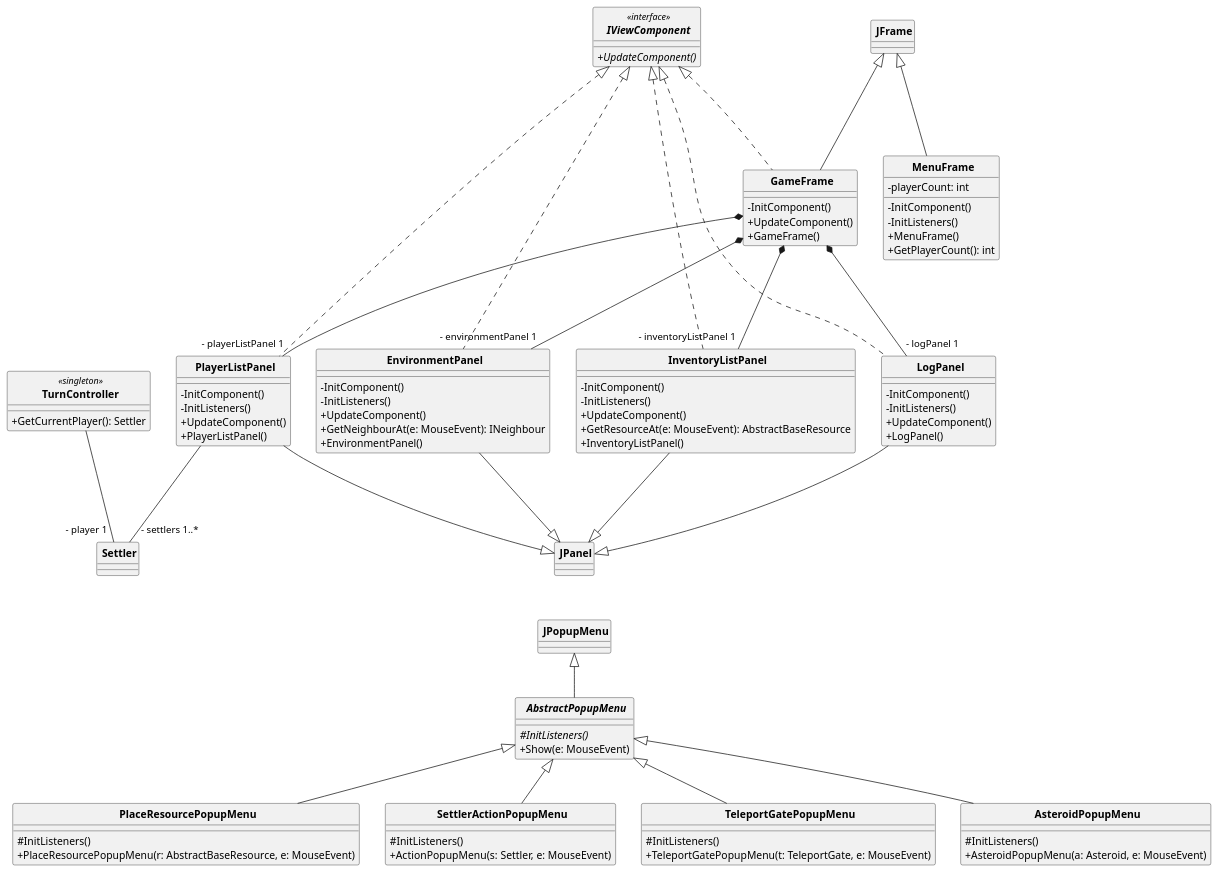
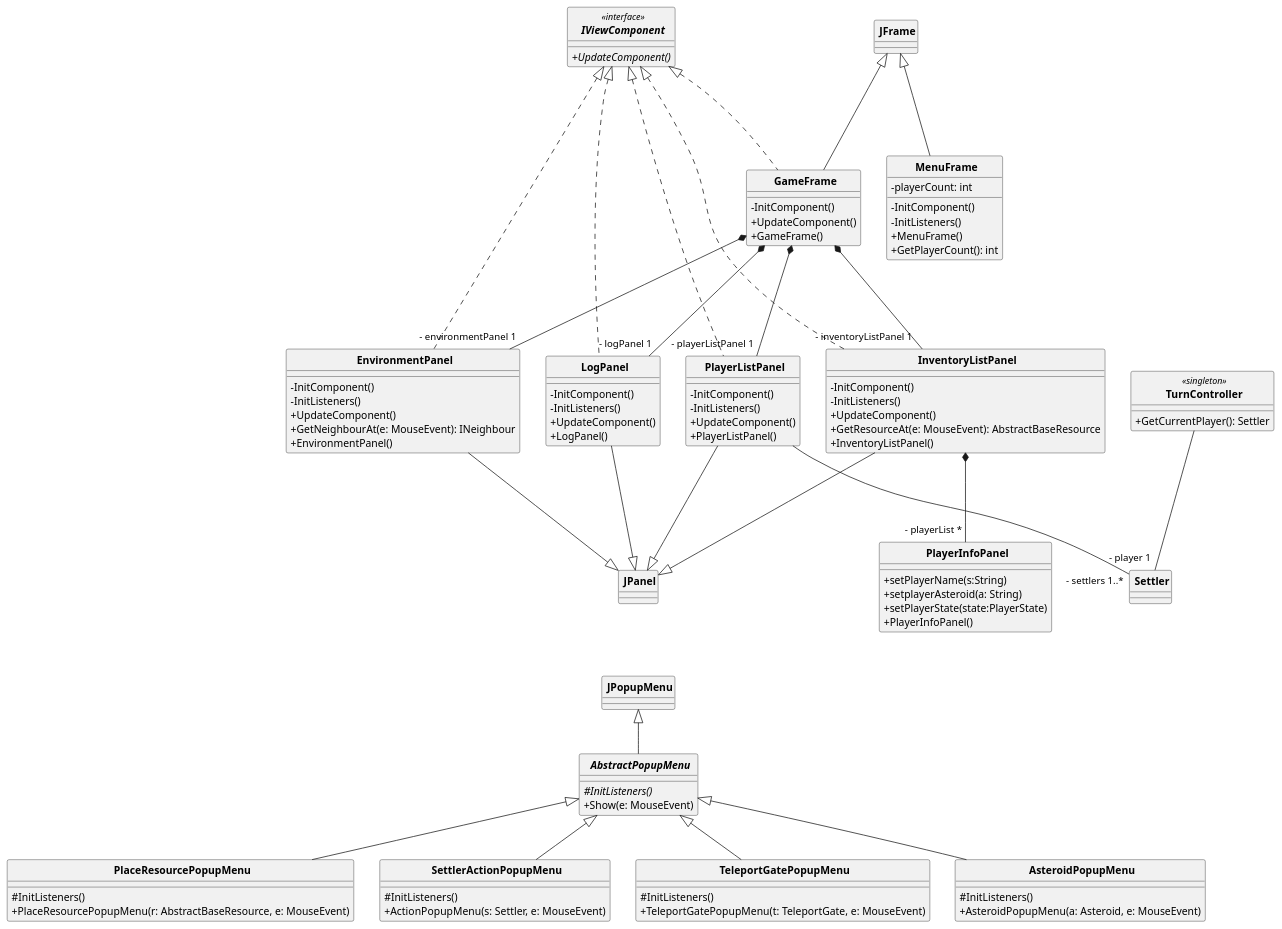
One commit to bbucsy/projlab_holy_oil changed the diagram in uml/class_diagrams/gui_class.plantuml. Above: the diagram before and after it, drawn with PlantUML. The commit also changed 2 other files, not shown here.

Commit message:
Player list panel

```diff
--- a/uml/class_diagrams/gui_class.plantuml
+++ b/uml/class_diagrams/gui_class.plantuml
@@ -1,130 +1,138 @@
 @startuml classdiagram
 
 skinparam ClassAttributeIconSize 0
 skinparam CircledCharacterRadius 0
 skinparam CircledCharacterFontSize 0
 skinparam ClassFontStyle bold
 
 class JFrame {}
 class JPanel {}
 class JPopupMenu {}
 
 ' package: viewcomponents
 interface IViewComponent << interface >> {
   {abstract} + UpdateComponent()
 }
 
 together {
   class MenuFrame {
     - playerCount: int
     - InitComponent()
     - InitListeners()
     + MenuFrame()
     + GetPlayerCount(): int
   }
 
   class GameFrame {
     - InitComponent()
     + UpdateComponent()
     + GameFrame()
   }
+}
+
+class PlayerInfoPanel{
+  + setPlayerName(s:String)
+  + setplayerAsteroid(a: String)
+  + setPlayerState(state:PlayerState)
+  + PlayerInfoPanel()
 }
 
 together {
   class EnvironmentPanel {
     - InitComponent()
     - InitListeners()
     + UpdateComponent()
     + GetNeighbourAt(e: MouseEvent): INeighbour
     + EnvironmentPanel()
   }
 
   class InventoryListPanel {
     - InitComponent()
     - InitListeners()
     + UpdateComponent()
     + GetResourceAt(e: MouseEvent): AbstractBaseResource
     + InventoryListPanel()
   }
 
   class PlayerListPanel {
     - InitComponent()
     - InitListeners()
     + UpdateComponent()
     + PlayerListPanel()
   }
 
   class LogPanel {
     - InitComponent()
     - InitListeners()
     + UpdateComponent()
     + LogPanel()
   }
 }
 
 abstract class AbstractPopupMenu {
   {abstract}# InitListeners()
   + Show(e: MouseEvent)
 }
 
 together {
   class AsteroidPopupMenu {
     # InitListeners()
     + AsteroidPopupMenu(a: Asteroid, e: MouseEvent)
   }
 
   class TeleportGatePopupMenu {
     # InitListeners()
     + TeleportGatePopupMenu(t: TeleportGate, e: MouseEvent)
   }
 
   class SettlerActionPopupMenu {
     # InitListeners()
     + ActionPopupMenu(s: Settler, e: MouseEvent)
   }
 
   class PlaceResourcePopupMenu {
     # InitListeners()
     + PlaceResourcePopupMenu(r: AbstractBaseResource, e: MouseEvent)
   }
 }
 
 class TurnController << singleton >> {
   + GetCurrentPlayer(): Settler
 }
 
 ' Interface realizations
 GameFrame .up..|> IViewComponent
 EnvironmentPanel .up..|> IViewComponent
 InventoryListPanel .up..|> IViewComponent
 PlayerListPanel .up..|> IViewComponent
 LogPanel .up..|> IViewComponent
 
 ' Inheritance
 GameFrame -up--|> JFrame
 MenuFrame -up--|> JFrame
 
 EnvironmentPanel -down--|> JPanel
 InventoryListPanel -down--|> JPanel
 PlayerListPanel -down--|> JPanel
 LogPanel -down--|> JPanel
 
 AbstractPopupMenu -up-|> JPopupMenu
 AsteroidPopupMenu -up-|> AbstractPopupMenu
 TeleportGatePopupMenu -up-|> AbstractPopupMenu
 SettlerActionPopupMenu -up-|> AbstractPopupMenu
 PlaceResourcePopupMenu -up-|> AbstractPopupMenu
 
 ' This is for better display
 JPopupMenu -[hidden]up-> JPanel
 
 ' Associations
 GameFrame *--- "- environmentPanel 1" EnvironmentPanel
 GameFrame *--- "- inventoryListPanel 1" InventoryListPanel
 GameFrame *--- "- playerListPanel 1" PlayerListPanel
 GameFrame *--- "- logPanel 1" LogPanel
+InventoryListPanel *--- "- playerList *" PlayerInfoPanel
 
 PlayerListPanel --- "- settlers 1..*" Settler
 TurnController --- "- player 1" Settler
 
 @enduml
```
